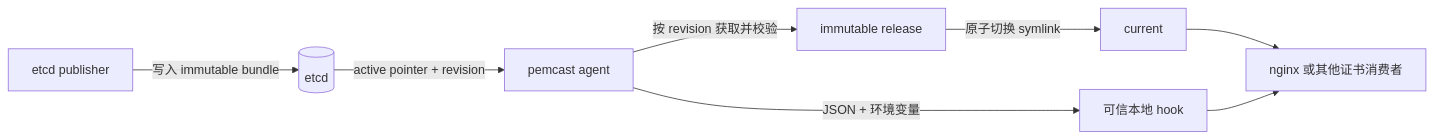
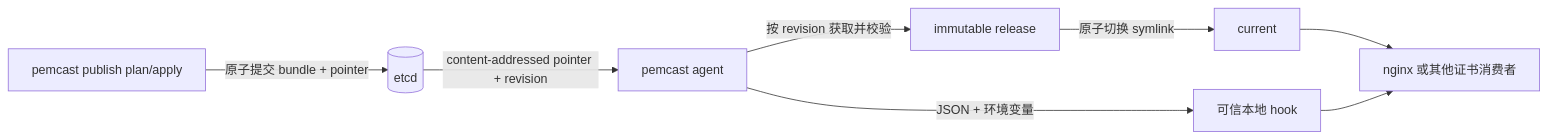
One commit to lwmacct/260907-pemcast changed the diagram in README.md. Above: the diagram before and after it, drawn with Mermaid. The commit also changed other lines of this file and 21 other files, not shown here.

````diff
--- a/README.md
+++ b/README.md
@@ -5,10 +5,10 @@
 ```mermaid
 flowchart LR
-    publisher["etcd publisher"] -->|"写入 immutable bundle"| etcd[("etcd")]
-    etcd -->|"active pointer + revision"| agent["pemcast agent"]
+    publisher["pemcast publish plan/apply"] -->|"原子提交 bundle + pointer"| etcd[("etcd")]
+    etcd -->|"content-addressed pointer + revision"| agent["pemcast agent"]
     agent -->|"按 revision 获取并校验"| release["immutable release"]
     release -->|"原子切换 symlink"| current["current"]
     current --> app["nginx 或其他证书消费者"]
     agent -->|"JSON + 环境变量"| hook["可信本地 hook"]
     hook --> app
 ```
````
